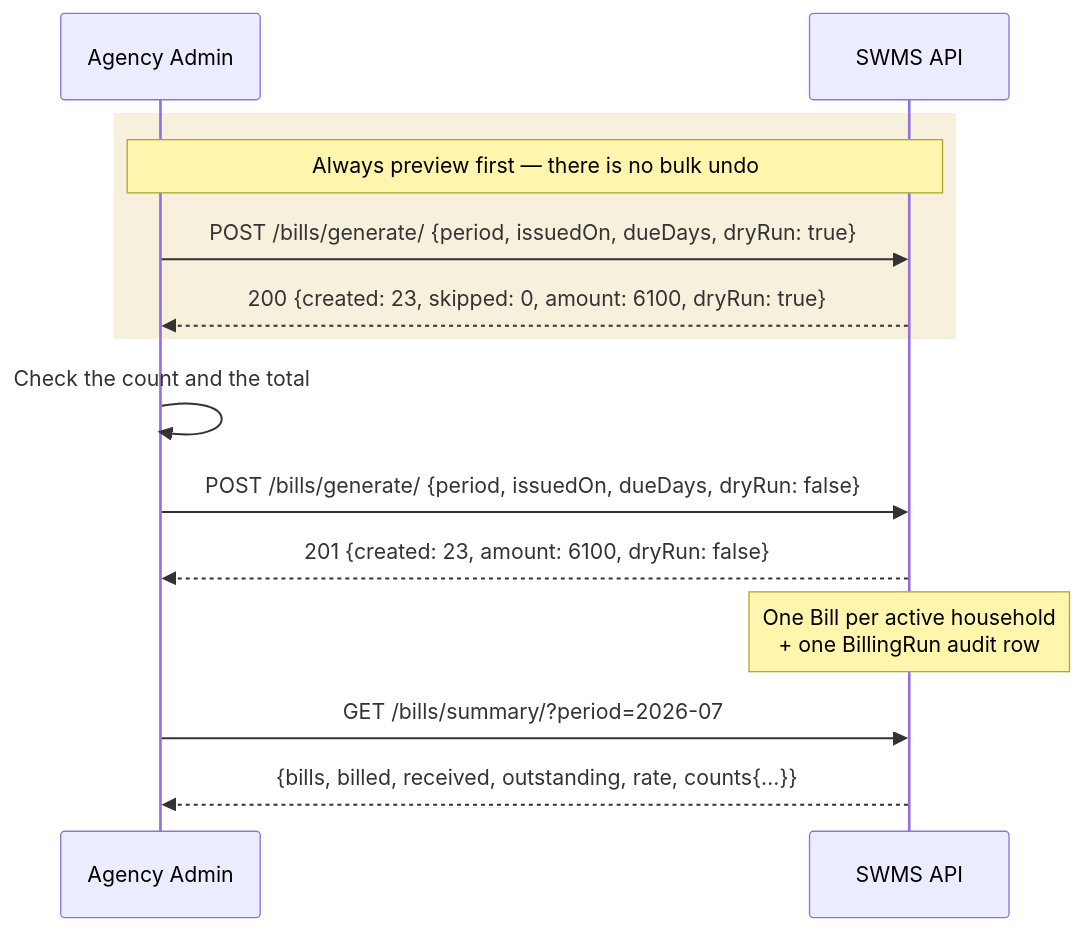
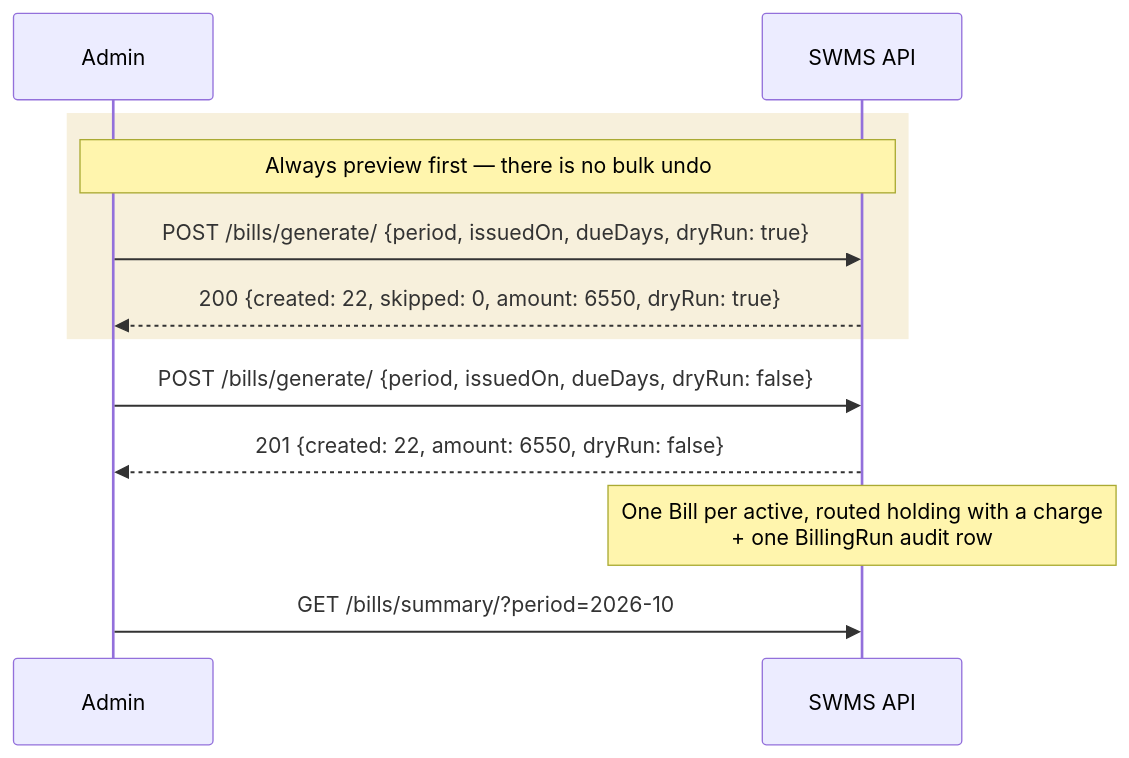
Before and after one commit to DataMartBD/Solid-Waste-Management: diagram 12 of 18 in docs/WORKFLOWS.md, drawn with Mermaid. The commit also changed other lines of this file and 189 other files, not shown here.

````diff
--- a/docs/WORKFLOWS.md
+++ b/docs/WORKFLOWS.md
@@ -377,19 +481,17 @@
 ```mermaid
 sequenceDiagram
-    participant A as Agency Admin
+    participant A as Admin
     participant API as SWMS API
 
     rect rgb(247, 240, 220)
         Note over A,API: Always preview first — there is no bulk undo
         A->>API: POST /bills/generate/ {period, issuedOn, dueDays, dryRun: true}
-        API-->>A: 200 {created: 23, skipped: 0, amount: 6100, dryRun: true}
+        API-->>A: 200 {created: 22, skipped: 0, amount: 6550, dryRun: true}
     end
 
-    A->>A: Check the count and the total
     A->>API: POST /bills/generate/ {period, issuedOn, dueDays, dryRun: false}
-    API-->>A: 201 {created: 23, amount: 6100, dryRun: false}
-    Note over API: One Bill per active household<br/>+ one BillingRun audit row
+    API-->>A: 201 {created: 22, amount: 6550, dryRun: false}
+    Note over API: One Bill per active, routed holding with a charge<br/>+ one BillingRun audit row
 
-    A->>API: GET /bills/summary/?period=2026-07
-    API-->>A: {bills, billed, received, outstanding, rate, counts{…}}
+    A->>API: GET /bills/summary/?period=2026-10
 ```
````
